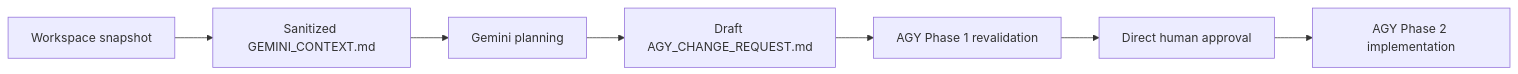
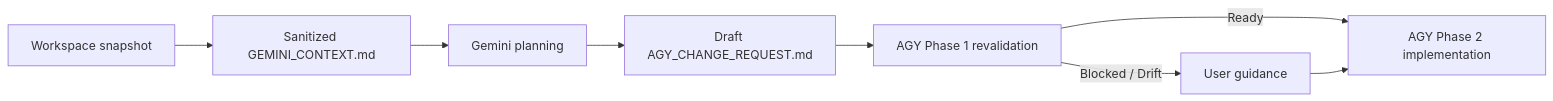
Before and after one commit to T3PM/export-gemini-context: the diagram in README.md, drawn with Mermaid. The commit also changed other lines of this file and 2 other files, not shown here.

Commit message:
feat(agy-implementation): auto-proceed to implementation without approval checkpoint

```diff
--- a/README.md
+++ b/README.md
@@ -9,9 +9,10 @@
 ~~~mermaid
 flowchart LR
     A["Workspace snapshot"] --> B["Sanitized GEMINI_CONTEXT.md"]
     B --> C["Gemini planning"]
     C --> D["Draft AGY_CHANGE_REQUEST.md"]
     D --> E["AGY Phase 1 revalidation"]
-    E --> F["Direct human approval"]
-    F --> G["AGY Phase 2 implementation"]
+    E -->|Ready| F["AGY Phase 2 implementation"]
+    E -->|Blocked / Drift| G["User guidance"]
+    G --> F
 ~~~
```
